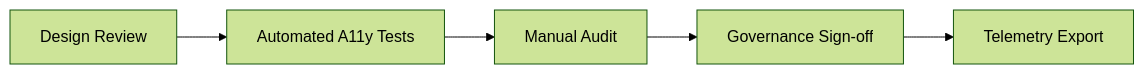
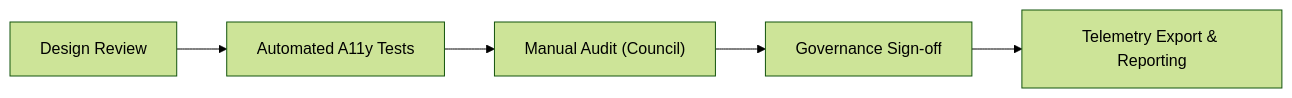
The diagram in docs/standards/ui_accessibility.md (bartytime4life/Kansas-Frontier-Matrix), drawn with Mermaid (forest theme) before and after one commit. The commit also changed other lines of this file, not shown here.

````diff
--- a/docs/standards/ui_accessibility.md
+++ b/docs/standards/ui_accessibility.md
@@ -184,7 +207,7 @@
 ```mermaid
 flowchart LR
   A["Design Review"] --> B["Automated A11y Tests"]
-  B --> C["Manual Audit"]
+  B --> C["Manual Audit (Council)"]
   C --> D["Governance Sign-off"]
-  D --> E["Telemetry Export"]
+  D --> E["Telemetry Export & Reporting"]
 ```
````
